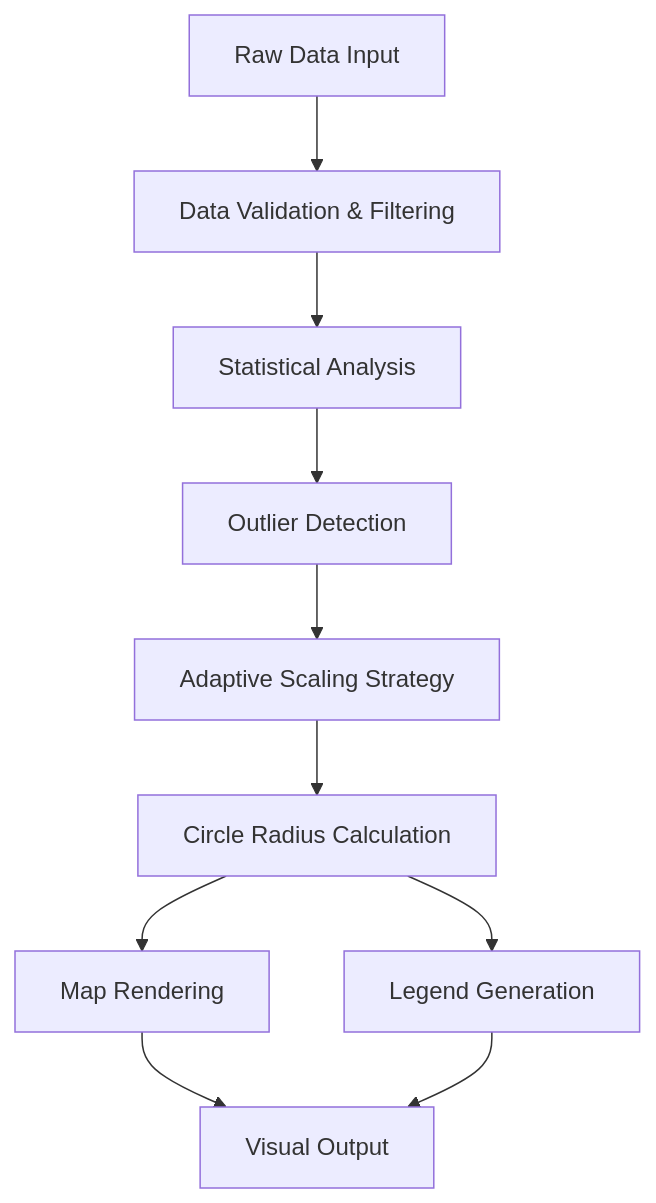
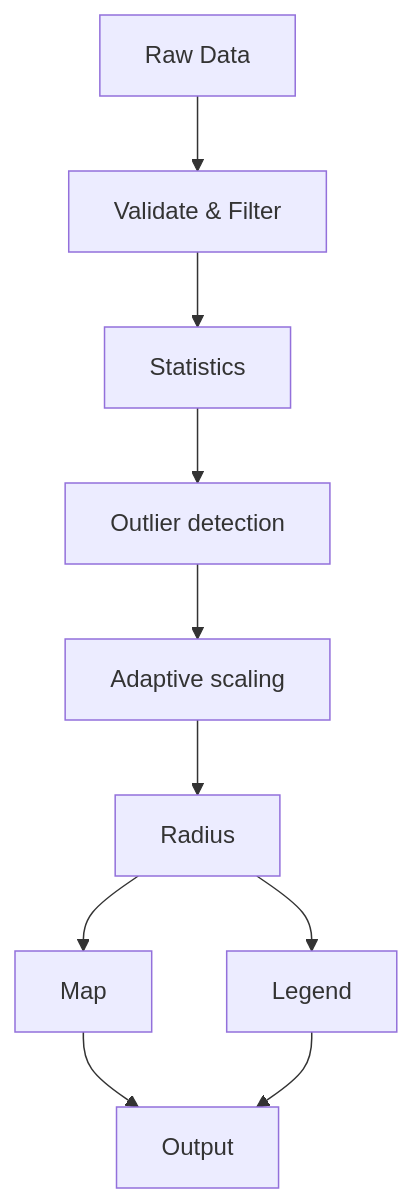
The diagram in spec/scaled-circles/scaled-circles-specification.md (maplumi/maplumi-pbi), drawn with Mermaid before and after one commit. The commit also changed other lines of this file and 6 other files, not shown here.

````diff
--- a/spec/scaled-circles/scaled-circles-specification.md
+++ b/spec/scaled-circles/scaled-circles-specification.md
@@ -24,12 +24,12 @@
 ```mermaid
 graph TD
-    A["Raw Data Input"] --> B["Data Validation & Filtering"]
-    B --> C[Statistical Analysis]
-    C --> D["Outlier Detection"]
-    D --> E["Adaptive Scaling Strategy"]
-    E --> F["Circle Radius Calculation"]
-    F --> G["Map Rendering"]
-    F --> H["Legend Generation"]
-    G --> I["Visual Output"]
+    A[Raw Data] --> B[Validate & Filter]
+    B --> C[Statistics]
+    C --> D[Outlier detection]
+    D --> E[Adaptive scaling]
+    E --> F[Radius]
+    F --> G[Map]
+    F --> H[Legend]
+    G --> I[Output]
     H --> I
 ```
````
